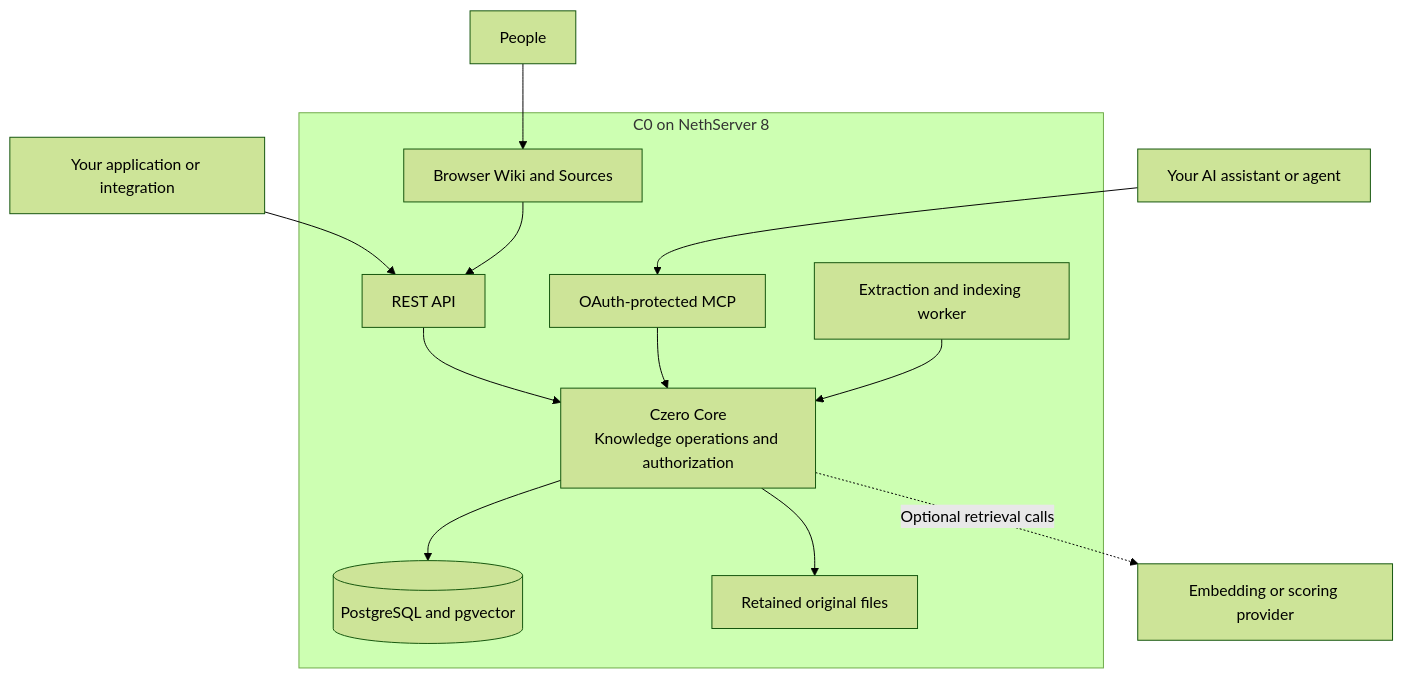
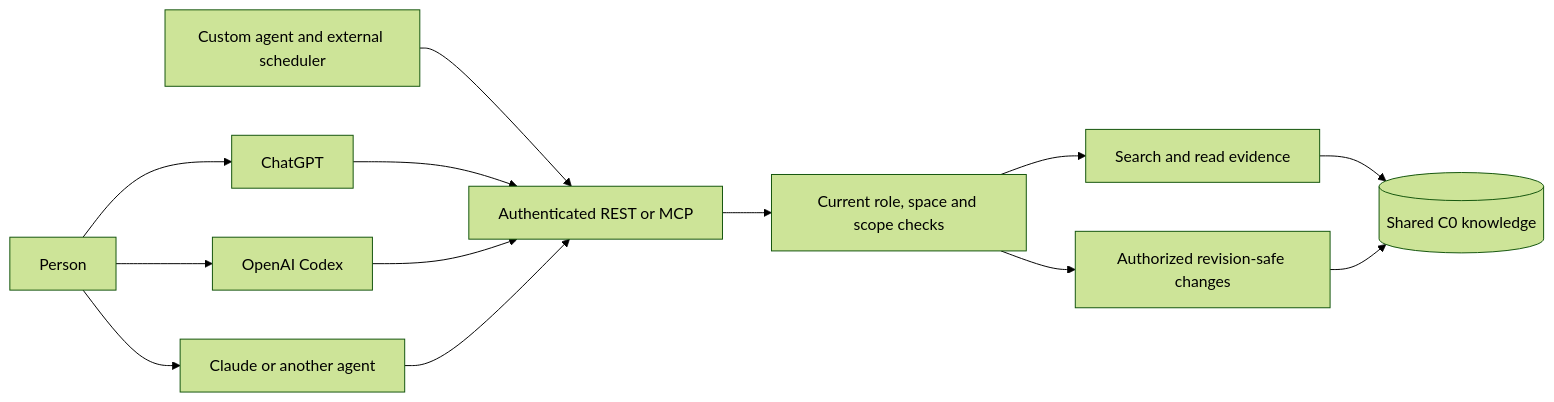
One commit to Stell0/ns8-czero changed the first of 2 diagrams in README.md. Above: the diagram before and after it, drawn with Mermaid (forest theme). The commit also changed other lines of this file and 22 other files, not shown here.

````diff
--- a/README.md
+++ b/README.md
@@ -158,15 +44,15 @@
 ```mermaid
-flowchart TB
-    Person[People] --> Web[Browser Wiki and Sources]
-    Agent[Your AI assistant or agent] --> MCP[OAuth-protected MCP]
-    App[Your application or integration] --> API[REST API]
-    subgraph C0["C0 on NethServer 8"]
-        Web --> API
-        API --> Core["Czero Core<br/>Knowledge operations and authorization"]
-        MCP --> Core
-        Worker[Extraction and indexing worker] --> Core
-        Core --> DB[(PostgreSQL and pgvector)]
-        Core --> Files[Retained original files]
-    end
-    Core -. Optional retrieval calls .-> Provider[Embedding or scoring provider]
+flowchart LR
+    User[Person] --> ChatGPT[ChatGPT]
+    User --> Codex[OpenAI Codex]
+    User --> Claude[Claude or another agent]
+    Custom[Custom agent and external scheduler] --> Gate
+    ChatGPT --> Gate
+    Codex --> Gate
+    Claude --> Gate
+    Gate[Authenticated REST or MCP] --> Access[Current role, space and scope checks]
+    Access --> Read[Search and read evidence]
+    Access --> Write[Authorized revision-safe changes]
+    Read --> Knowledge[(Shared C0 knowledge)]
+    Write --> Knowledge
 ```
````
